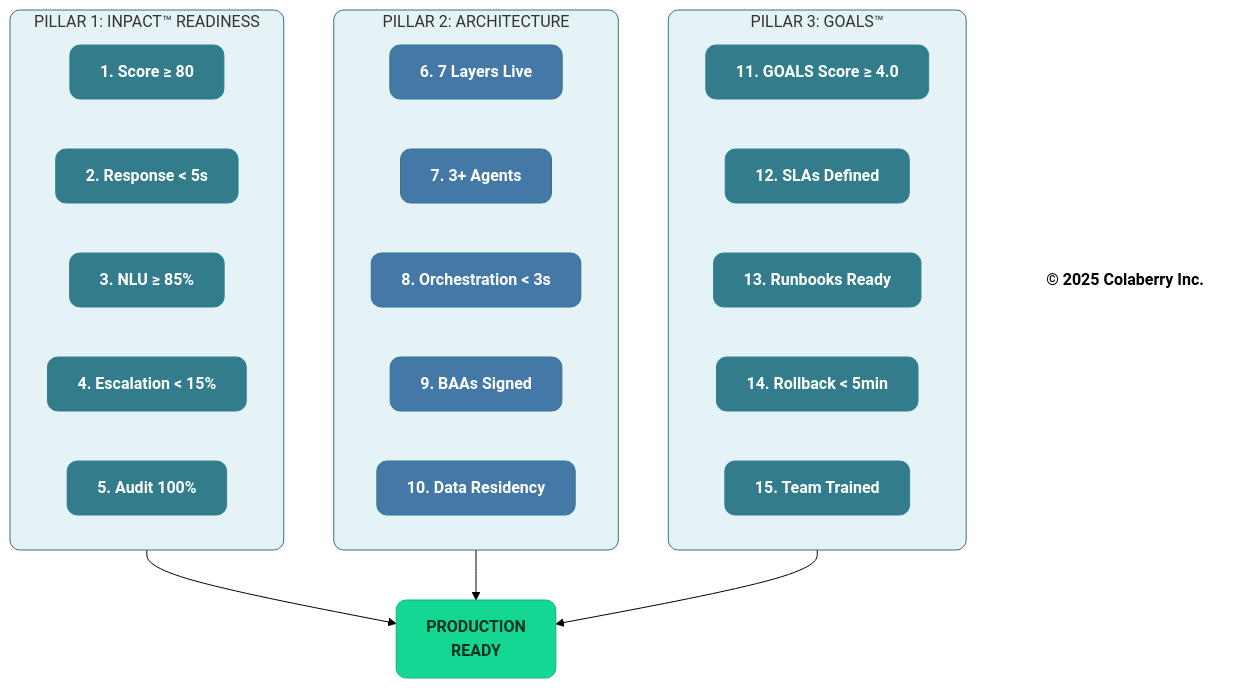
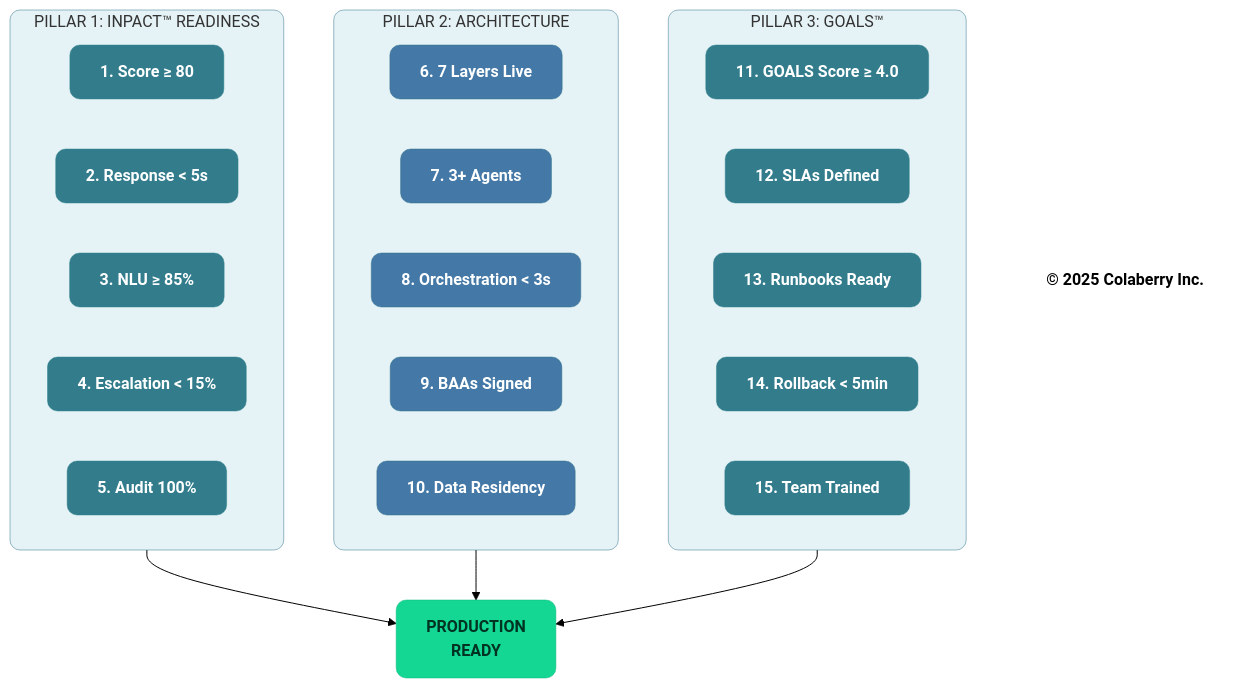
One commit to saitejesh-cyber/trust-before-intelligence-book changed the second of 6 diagrams in manuscript/13_chapter_12_running_agents_at_scale_v1_2.md. Above: the diagram before and after it, drawn with Mermaid (forest theme). The commit also changed other lines of this file and 12 other files, not shown here.

Commit message:
Update stroke width to 0.5px instead of 1px to all the diagrams

````diff
--- a/manuscript/13_chapter_12_running_agents_at_scale_v1_2.md
+++ b/manuscript/13_chapter_12_running_agents_at_scale_v1_2.md
@@ -78,53 +78,53 @@
 ```mermaid
 graph TD
     subgraph INPACT["PILLAR 1: INPACT™ READINESS"]
         I1["<b>1. Score ≥ 80</b>"]
         I2["<b>2. Response < 5s</b>"]
         I3["<b>3. NLU ≥ 85%</b>"]
         I4["<b>4. Escalation < 15%</b>"]
         I5["<b>5. Audit 100%</b>"]
     end
     
     subgraph ARCH["PILLAR 2: ARCHITECTURE"]
         A1["<b>6. 7 Layers Live</b>"]
         A2["<b>7. 3+ Agents</b>"]
         A3["<b>8. Orchestration < 3s</b>"]
         A4["<b>9. BAAs Signed</b>"]
         A5["<b>10. Data Residency</b>"]
     end
     
     subgraph GOALS["PILLAR 3: GOALS™"]
         G1["<b>11. GOALS Score ≥ 4.0</b>"]
         G2["<b>12. SLAs Defined</b>"]
         G3["<b>13. Runbooks Ready</b>"]
         G4["<b>14. Rollback < 5min</b>"]
         G5["<b>15. Team Trained</b>"]
     end
     
     INPACT --> READY["<b>PRODUCTION<br/>READY</b>"]
     ARCH --> READY
     GOALS --> READY
     
     Copyright["<b>© 2025 Colaberry Inc.</b>"]
     
-    style INPACT fill:#E6F3F6,stroke:#32738C,stroke-width:1px,rx:10,ry:10
-    style ARCH fill:#E6F3F6,stroke:#32738C,stroke-width:1px,rx:10,ry:10
-    style GOALS fill:#E6F3F6,stroke:#32738C,stroke-width:1px,rx:10,ry:10
-    style READY fill:#14D793,stroke:#0FB67D,stroke-width:1px,color:#003322,rx:10,ry:10
-    style I1 fill:#327C8C,stroke:#30838C,stroke-width:1px,color:#ffffff,rx:10,ry:10
-    style I2 fill:#327C8C,stroke:#30838C,stroke-width:1px,color:#ffffff,rx:10,ry:10
-    style I3 fill:#327C8C,stroke:#30838C,stroke-width:1px,color:#ffffff,rx:10,ry:10
-    style I4 fill:#327C8C,stroke:#30838C,stroke-width:1px,color:#ffffff,rx:10,ry:10
-    style I5 fill:#327C8C,stroke:#30838C,stroke-width:1px,color:#ffffff,rx:10,ry:10
-    style A1 fill:#4478A6,stroke:#32738C,stroke-width:1px,color:#ffffff,rx:10,ry:10
-    style A2 fill:#4478A6,stroke:#32738C,stroke-width:1px,color:#ffffff,rx:10,ry:10
-    style A3 fill:#4478A6,stroke:#32738C,stroke-width:1px,color:#ffffff,rx:10,ry:10
-    style A4 fill:#4478A6,stroke:#32738C,stroke-width:1px,color:#ffffff,rx:10,ry:10
-    style A5 fill:#4478A6,stroke:#32738C,stroke-width:1px,color:#ffffff,rx:10,ry:10
-    style G1 fill:#327C8C,stroke:#30838C,stroke-width:1px,color:#ffffff,rx:10,ry:10
-    style G2 fill:#327C8C,stroke:#30838C,stroke-width:1px,color:#ffffff,rx:10,ry:10
-    style G3 fill:#327C8C,stroke:#30838C,stroke-width:1px,color:#ffffff,rx:10,ry:10
-    style G4 fill:#327C8C,stroke:#30838C,stroke-width:1px,color:#ffffff,rx:10,ry:10
-    style G5 fill:#327C8C,stroke:#30838C,stroke-width:1px,color:#ffffff,rx:10,ry:10
+    style INPACT fill:#E6F3F6,stroke:#32738C,stroke-width:0.5px,rx:10,ry:10
+    style ARCH fill:#E6F3F6,stroke:#32738C,stroke-width:0.5px,rx:10,ry:10
+    style GOALS fill:#E6F3F6,stroke:#32738C,stroke-width:0.5px,rx:10,ry:10
+    style READY fill:#14D793,stroke:#0FB67D,stroke-width:0.5px,color:#003322,rx:10,ry:10
+    style I1 fill:#327C8C,stroke:#30838C,stroke-width:0.5px,color:#ffffff,rx:10,ry:10
+    style I2 fill:#327C8C,stroke:#30838C,stroke-width:0.5px,color:#ffffff,rx:10,ry:10
+    style I3 fill:#327C8C,stroke:#30838C,stroke-width:0.5px,color:#ffffff,rx:10,ry:10
+    style I4 fill:#327C8C,stroke:#30838C,stroke-width:0.5px,color:#ffffff,rx:10,ry:10
+    style I5 fill:#327C8C,stroke:#30838C,stroke-width:0.5px,color:#ffffff,rx:10,ry:10
+    style A1 fill:#4478A6,stroke:#32738C,stroke-width:0.5px,color:#ffffff,rx:10,ry:10
+    style A2 fill:#4478A6,stroke:#32738C,stroke-width:0.5px,color:#ffffff,rx:10,ry:10
+    style A3 fill:#4478A6,stroke:#32738C,stroke-width:0.5px,color:#ffffff,rx:10,ry:10
+    style A4 fill:#4478A6,stroke:#32738C,stroke-width:0.5px,color:#ffffff,rx:10,ry:10
+    style A5 fill:#4478A6,stroke:#32738C,stroke-width:0.5px,color:#ffffff,rx:10,ry:10
+    style G1 fill:#327C8C,stroke:#30838C,stroke-width:0.5px,color:#ffffff,rx:10,ry:10
+    style G2 fill:#327C8C,stroke:#30838C,stroke-width:0.5px,color:#ffffff,rx:10,ry:10
+    style G3 fill:#327C8C,stroke:#30838C,stroke-width:0.5px,color:#ffffff,rx:10,ry:10
+    style G4 fill:#327C8C,stroke:#30838C,stroke-width:0.5px,color:#ffffff,rx:10,ry:10
+    style G5 fill:#327C8C,stroke:#30838C,stroke-width:0.5px,color:#ffffff,rx:10,ry:10
     style Copyright fill:none,stroke:none,color:#000000
 ```
````
